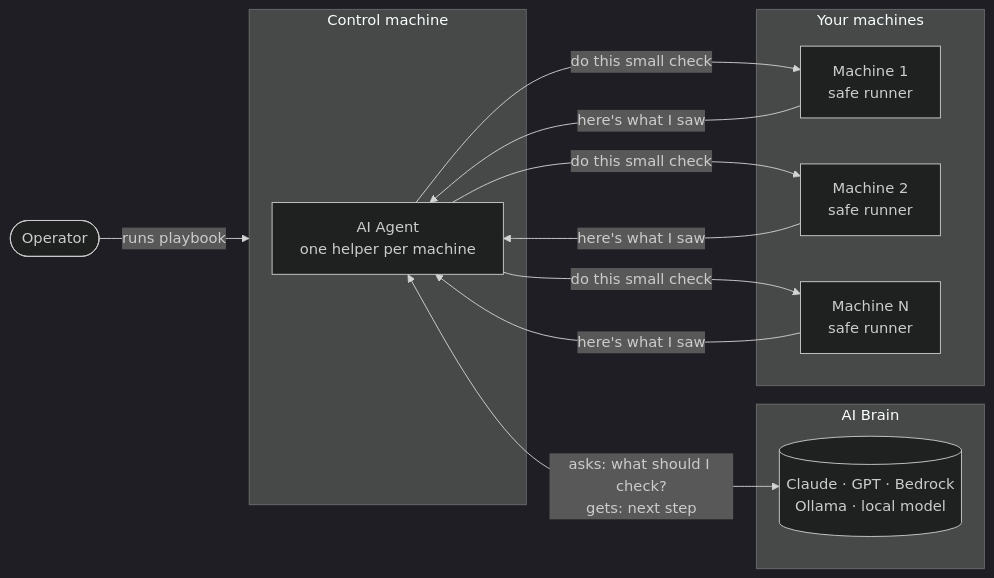
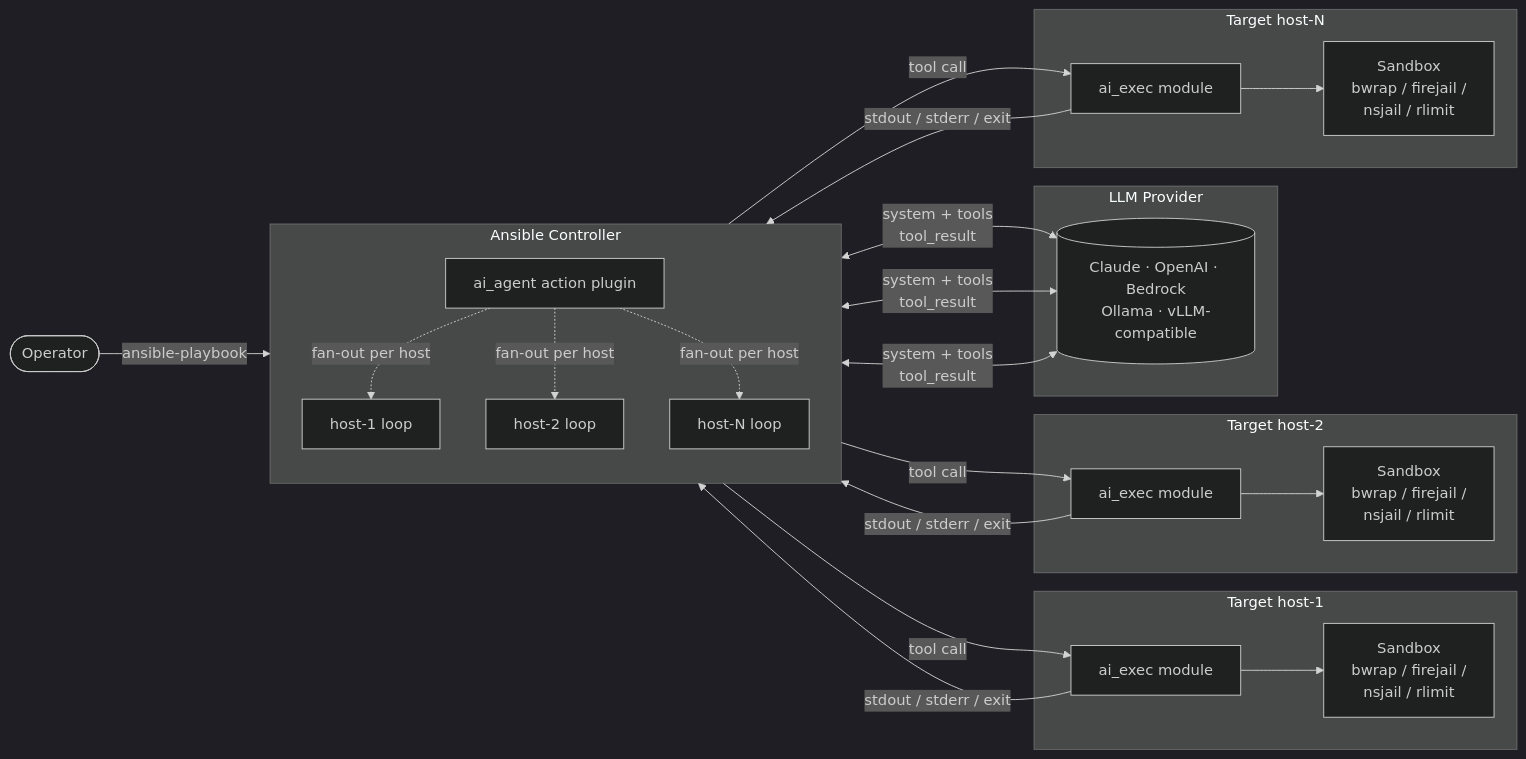
One commit to yalindogusahin/ansible-llm-agent changed the diagram in README.md. Above: the diagram before and after it, drawn with Mermaid (dark theme). The commit also changed other lines of this file and 7 other files, not shown here.

Commit message:
fix: ansible-lint docstring colon, ruff-format, exclude eval fixtures, restore architecture diagram

````diff
--- a/README.md
+++ b/README.md
@@ -34,27 +38,38 @@
 ```mermaid
 flowchart LR
-    Op([Operator]) -->|runs playbook| C
+    Op([Operator])
+    Op -->|ansible-playbook| C
 
-    subgraph C [Control machine]
-        AP[AI Agent<br/>one helper per machine]
+    subgraph C [Ansible Controller]
+        direction TB
+        AP[ai_agent action plugin]
+        AP -.fan-out per host.-> L1[host-1 loop]
+        AP -.fan-out per host.-> L2[host-2 loop]
+        AP -.fan-out per host.-> LN[host-N loop]
     end
 
-    subgraph LLM [AI Brain]
-        M[(Claude · GPT · Bedrock<br/>Ollama · local model)]
+    subgraph LLM [LLM Provider]
+        M[(Claude · OpenAI · Bedrock<br/>Ollama · vLLM-compatible)]
     end
 
-    AP <-->|"asks: what should I check?<br/>gets: next step"| M
+    L1 <-->|system + tools<br/>tool_result| M
+    L2 <-->|system + tools<br/>tool_result| M
+    LN <-->|system + tools<br/>tool_result| M
 
-    subgraph Hosts [Your machines]
-        H1[Machine 1<br/>safe runner]
-        H2[Machine 2<br/>safe runner]
-        HN[Machine N<br/>safe runner]
+    subgraph H1 [Target host-1]
+        E1[ai_exec module] --> S1[Sandbox<br/>bwrap / firejail /<br/>nsjail / rlimit]
+    end
+    subgraph H2 [Target host-2]
+        E2[ai_exec module] --> S2[Sandbox<br/>bwrap / firejail /<br/>nsjail / rlimit]
+    end
+    subgraph HN [Target host-N]
+        EN[ai_exec module] --> SN[Sandbox<br/>bwrap / firejail /<br/>nsjail / rlimit]
     end
 
-    AP -->|do this small check| H1
-    AP -->|do this small check| H2
-    AP -->|do this small check| HN
-    H1 -->|here's what I saw| AP
-    H2 -->|here's what I saw| AP
-    HN -->|here's what I saw| AP
+    L1 -->|tool call| E1
+    L2 -->|tool call| E2
+    LN -->|tool call| EN
+    E1 -->|stdout / stderr / exit| L1
+    E2 -->|stdout / stderr / exit| L2
+    EN -->|stdout / stderr / exit| LN
 ```
````
